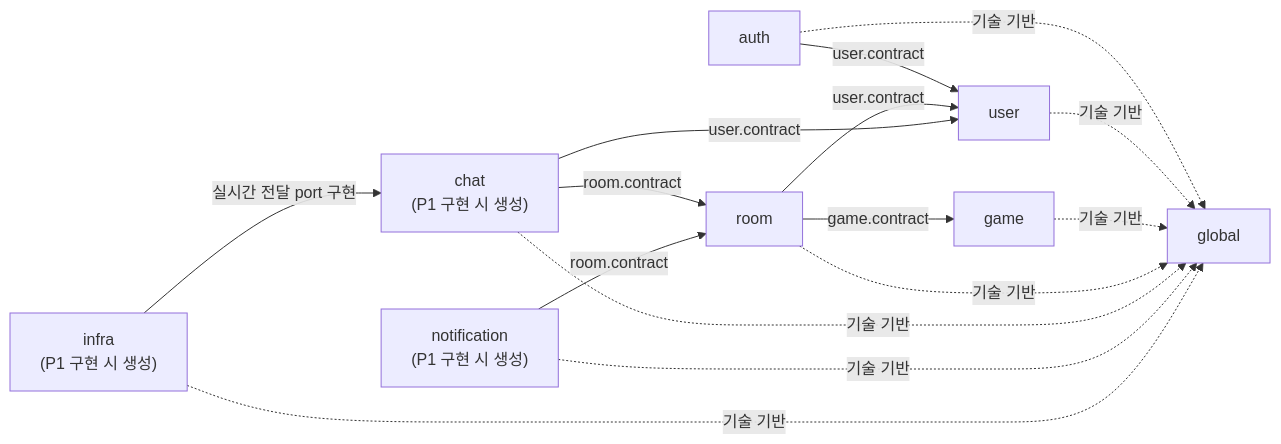
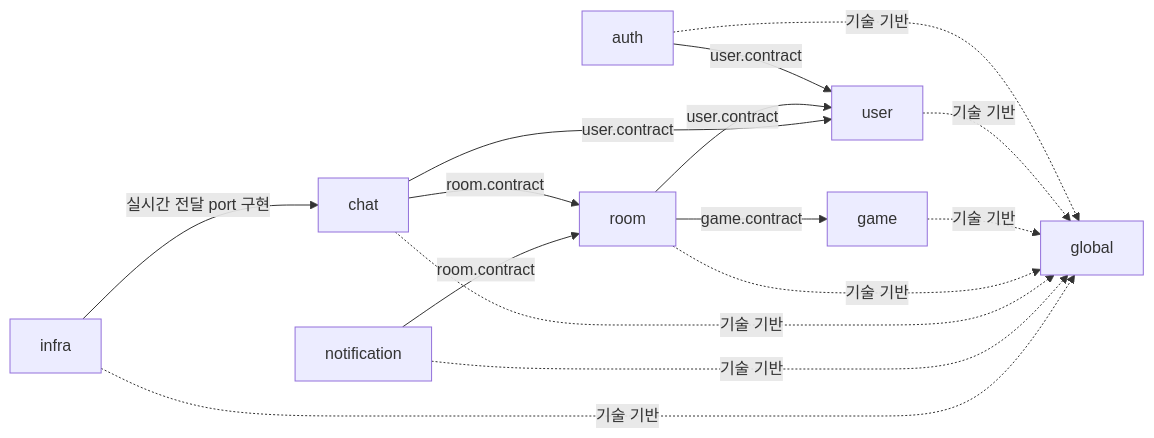
Before and after one commit to bamsongi-club/albam-mate: the first of 8 diagrams in docs/ARCHITECTURE.md, drawn with Mermaid. The commit also changed other lines of this file and 35 other files, not shown here.

````diff
--- a/docs/ARCHITECTURE.md
+++ b/docs/ARCHITECTURE.md
@@ -50,18 +50,18 @@
 ```mermaid
 flowchart LR
     auth["auth"] -->|"user.contract"| user["user"]
     room["room"] -->|"user.contract"| user
     room -->|"game.contract"| game["game"]
-    chat["chat<br/>(P1 구현 시 생성)"] -->|"room.contract"| room
+    chat["chat"] -->|"room.contract"| room
     chat -->|"user.contract"| user
-    notification["notification<br/>(P1 구현 시 생성)"] -->|"room.contract"| room
+    notification["notification"] -->|"room.contract"| room
 
     auth -.->|"기술 기반"| global["global"]
     user -.->|"기술 기반"| global
     game -.->|"기술 기반"| global
     room -.->|"기술 기반"| global
     chat -.->|"기술 기반"| global
     notification -.->|"기술 기반"| global
-    infra["infra<br/>(P1 구현 시 생성)"] -.->|"기술 기반"| global
+    infra["infra"] -.->|"기술 기반"| global
     infra -->|"실시간 전달 port 구현"| chat
 ```
````
